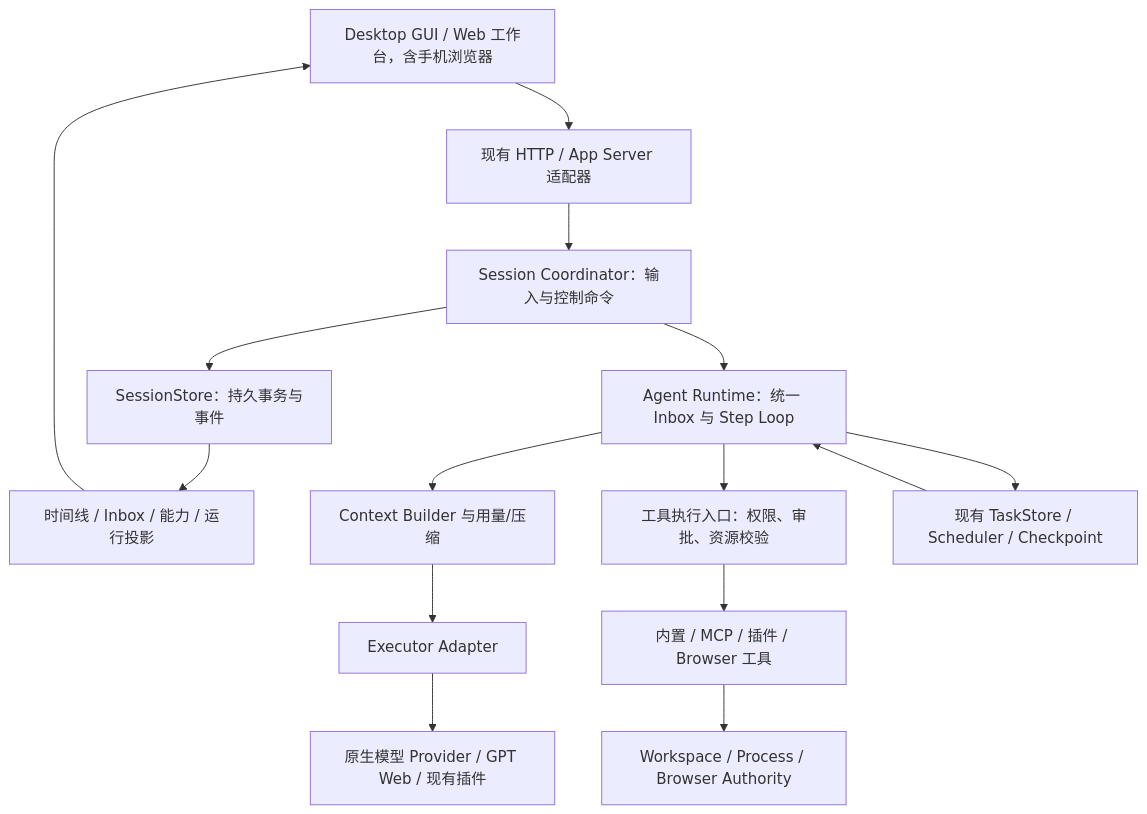
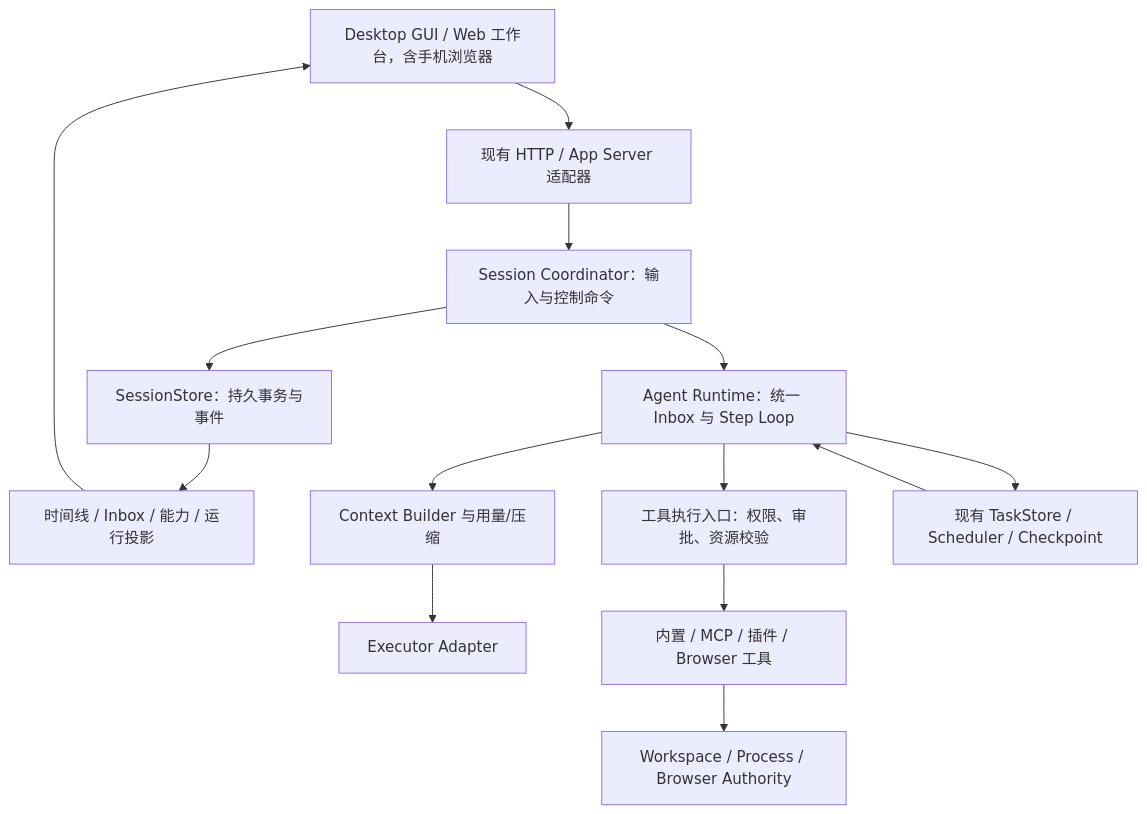
Before and after one commit to MistRipple/magi-code: the diagram in docs/magi-agent-runtime-evolution-plan.md, drawn with Mermaid. The commit also changed other lines of this file and 200 other files, not shown here.

First line of the commit message:
移除 GPT Web 功能：主助手配置、Web 模型通道与相关界面、验收脚本

````diff
--- a/docs/magi-agent-runtime-evolution-plan.md
+++ b/docs/magi-agent-runtime-evolution-plan.md
@@ -209,17 +209,16 @@
 ```mermaid
 flowchart TB
   UI[Desktop GUI / Web 工作台，含手机浏览器] --> API[现有 HTTP / App Server 适配器]
   API --> C[Session Coordinator：输入与控制命令]
   C --> J[SessionStore：持久事务与事件]
   J --> P[时间线 / Inbox / 能力 / 运行投影]
   P --> UI
   C --> A[Agent Runtime：统一 Inbox 与 Step Loop]
   A --> X[Context Builder 与用量/压缩]
   X --> E[Executor Adapter]
-  E --> M[原生模型 Provider / GPT Web / 现有插件]
   A --> G[工具执行入口：权限、审批、资源校验]
   G --> T[内置 / MCP / 插件 / Browser 工具]
   A --> S[现有 TaskStore / Scheduler / Checkpoint]
   S --> A
   T --> R[Workspace / Process / Browser Authority]
 ```
````
